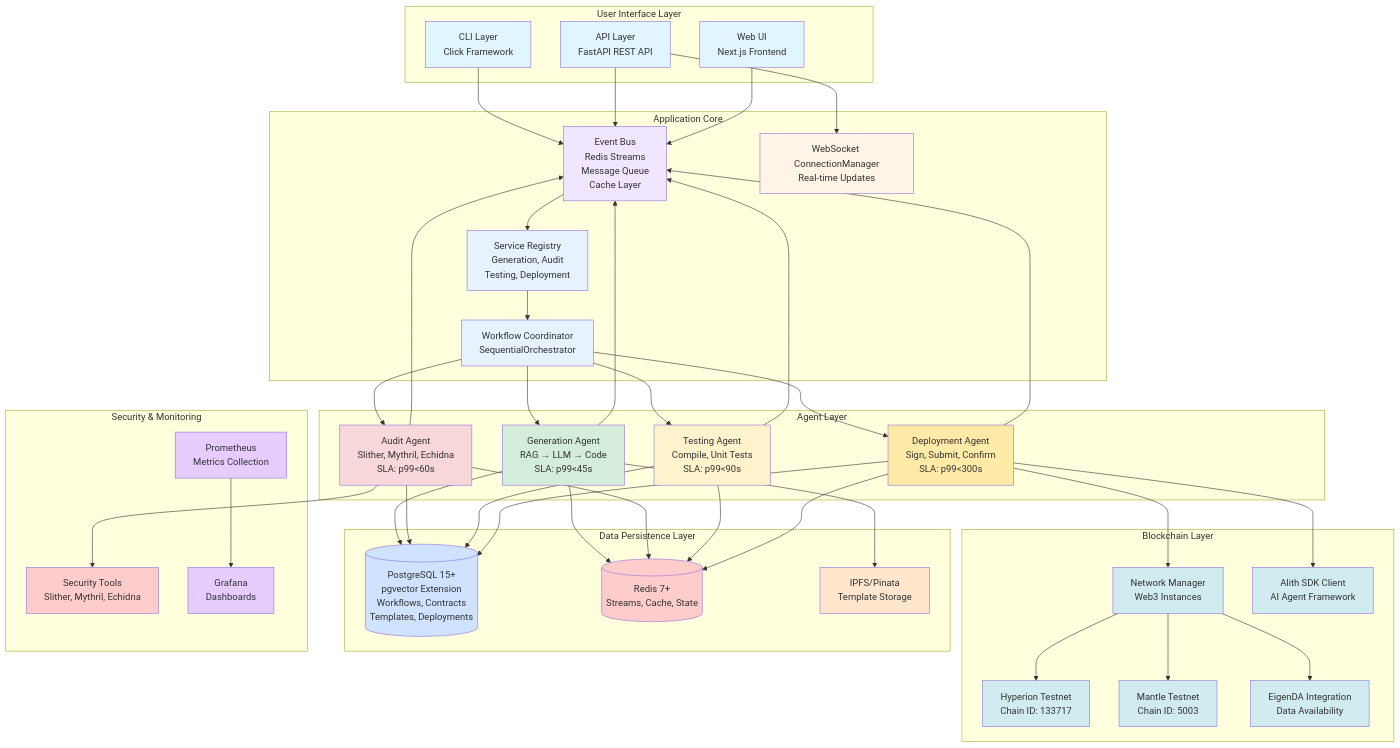
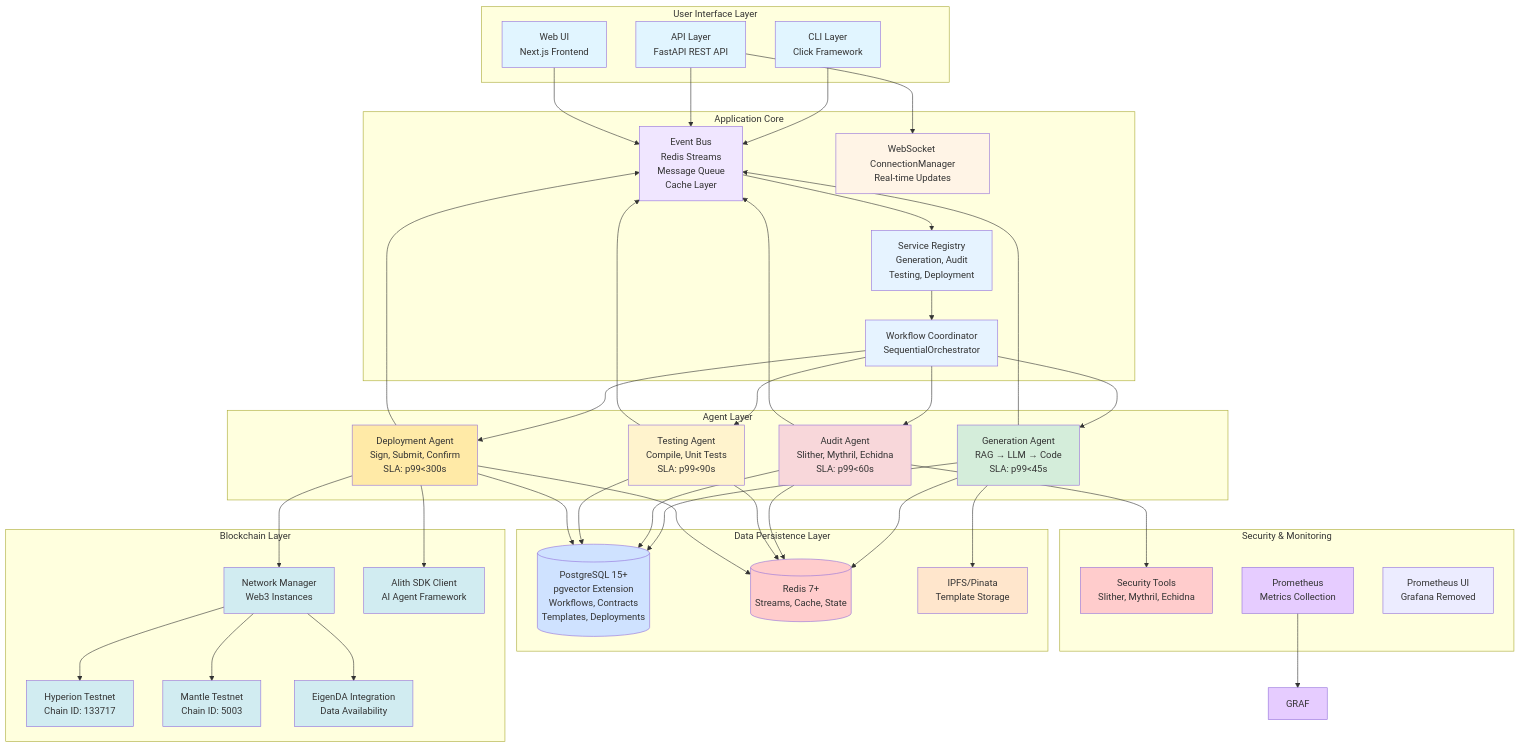
Before and after one commit to Hyperkit-Labs/hyperagent: the diagram in docs/Framework/01_system_architecture.md, drawn with Mermaid. The commit also changed other lines of this file and 12 other files, not shown here.

```diff
--- a/docs/Framework/01_system_architecture.md
+++ b/docs/Framework/01_system_architecture.md
@@ -41,7 +41,7 @@
     subgraph "Security & Monitoring"
         SEC[Security Tools<br/>Slither, Mythril, Echidna]
         PROM[Prometheus<br/>Metrics Collection]
-        GRAF[Grafana<br/>Dashboards]
+        PROMUI[Prometheus UI<br/>Grafana Removed]
     end
 
     CLI --> EB
```
